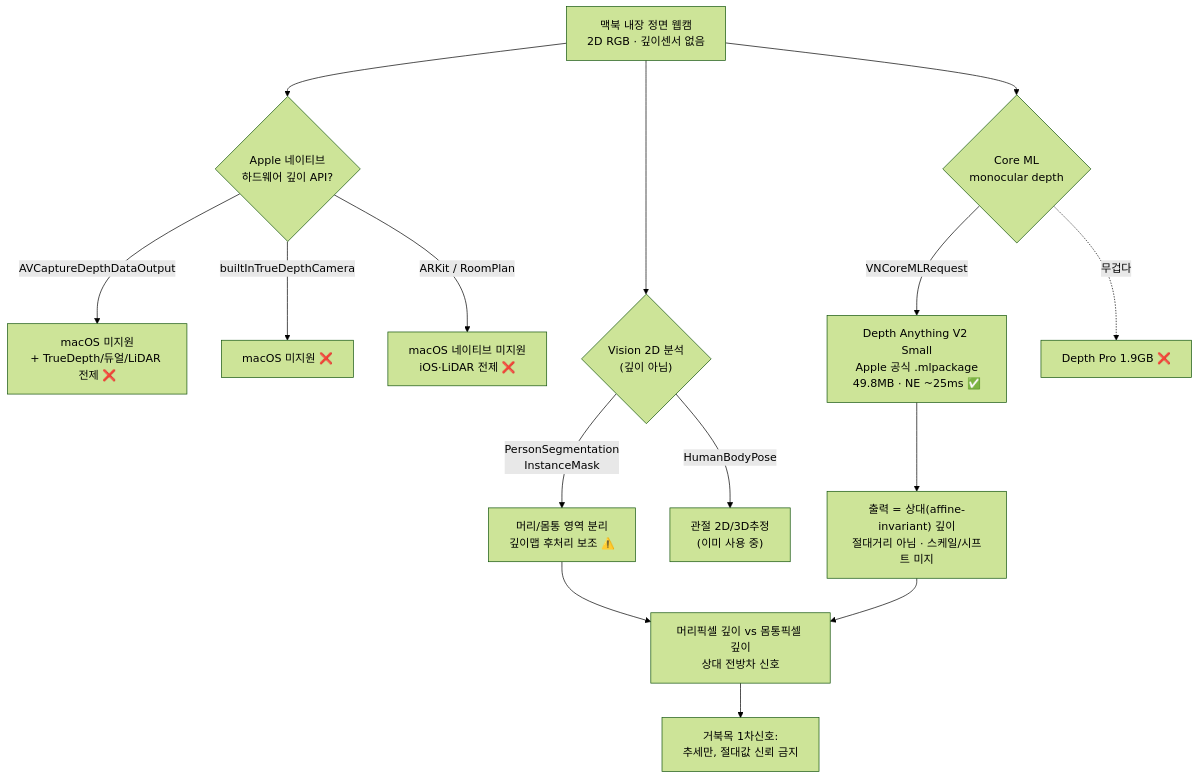
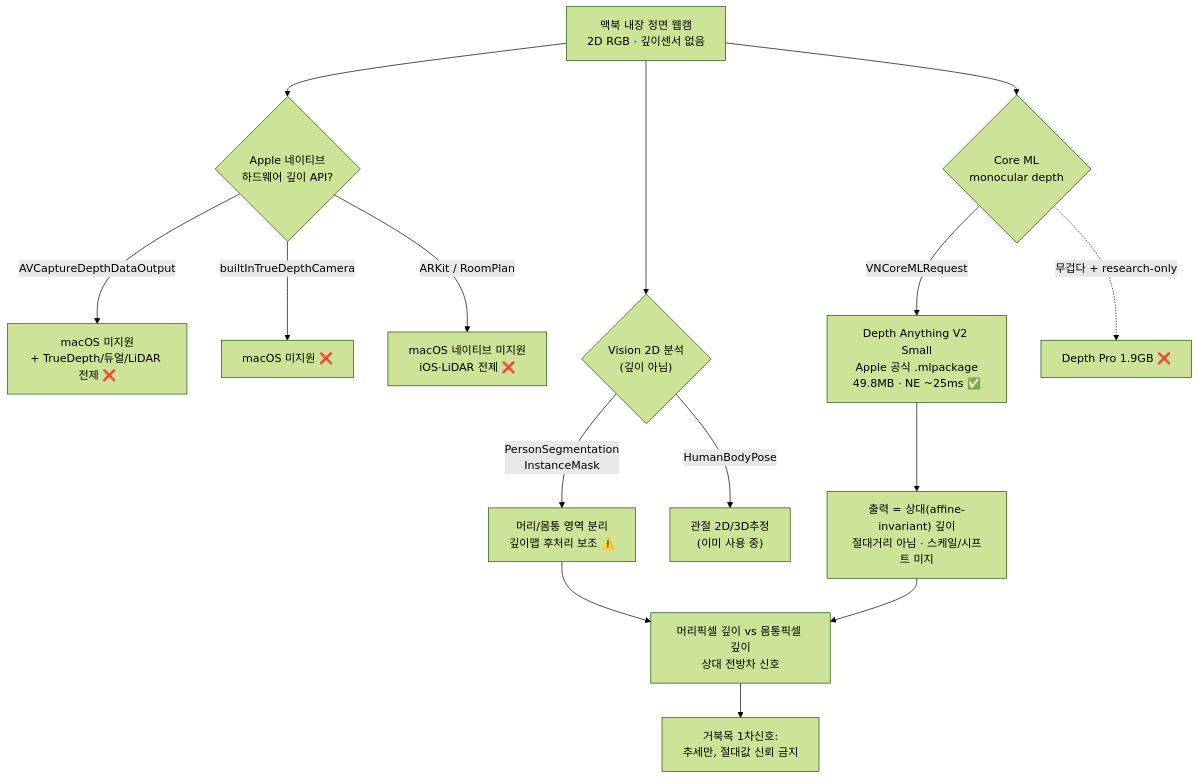
Before and after one commit to kimchanhyung98/turtlemeck: the diagram in docs/depth-estimation/apple-vision-depth/README.md, drawn with Mermaid (forest theme). The commit also changed other lines of this file and 17 other files, not shown here.

First line of the commit message:
docs: finalize depth-estimation research and clean docs to reference form

````diff
--- a/docs/depth-estimation/apple-vision-depth/README.md
+++ b/docs/depth-estimation/apple-vision-depth/README.md
@@ -9,22 +9,22 @@
 ```mermaid
 flowchart TD
     CAM["맥북 내장 정면 웹캠<br/>2D RGB · 깊이센서 없음"]
 
     CAM --> HW{"Apple 네이티브<br/>하드웨어 깊이 API?"}
     HW -->|"AVCaptureDepthDataOutput"| X1["macOS 미지원<br/>+ TrueDepth/듀얼/LiDAR 전제 ❌"]
     HW -->|"builtInTrueDepthCamera"| X2["macOS 미지원 ❌"]
     HW -->|"ARKit / RoomPlan"| X3["macOS 네이티브 미지원<br/>iOS·LiDAR 전제 ❌"]
 
     CAM --> SW{"Vision 2D 분석<br/>(깊이 아님)"}
     SW -->|"PersonSegmentation<br/>InstanceMask"| SEG["머리/몸통 영역 분리<br/>깊이맵 후처리 보조 ⚠️"]
     SW -->|"HumanBodyPose"| POSE["관절 2D/3D추정<br/>(이미 사용 중)"]
 
     CAM --> ML{"Core ML<br/>monocular depth"}
     ML -->|"VNCoreMLRequest"| DA["Depth Anything V2 Small<br/>Apple 공식 .mlpackage<br/>49.8MB · NE ~25ms ✅"]
-    ML -.->|"무겁다"| DP["Depth Pro 1.9GB ❌"]
+    ML -.->|"무겁다 + research-only"| DP["Depth Pro 1.9GB ❌"]
 
     DA --> REL["출력 = 상대(affine-invariant) 깊이<br/>절대거리 아님 · 스케일/시프트 미지"]
     SEG --> POST["머리픽셀 깊이 vs 몸통픽셀 깊이<br/>상대 전방차 신호"]
     REL --> POST
     POST --> JUDGE["거북목 1차신호:<br/>추세만, 절대값 신뢰 금지"]
 ```
````
